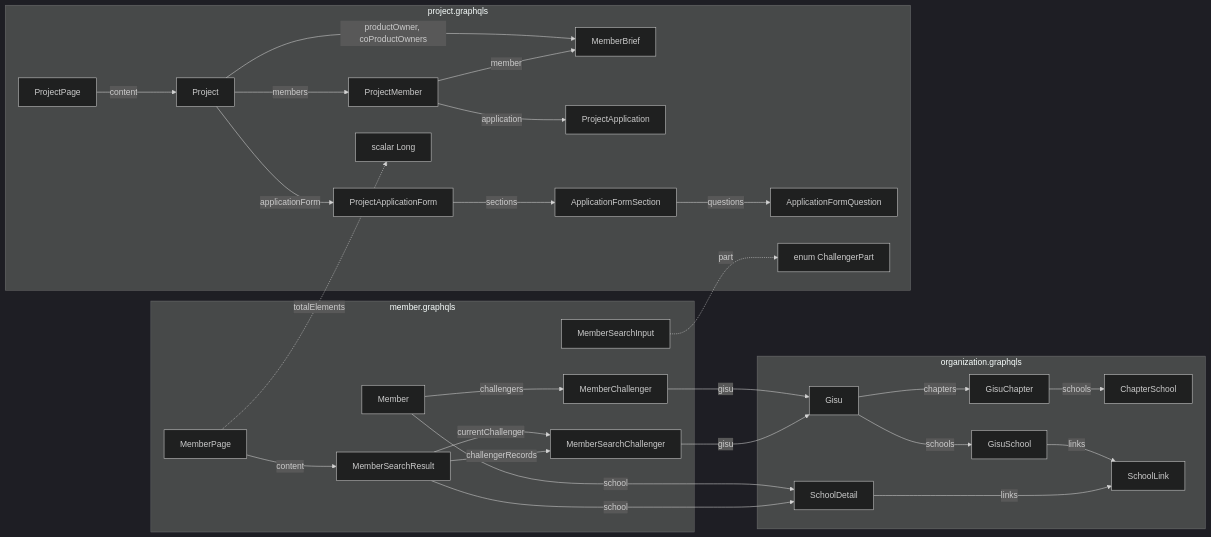
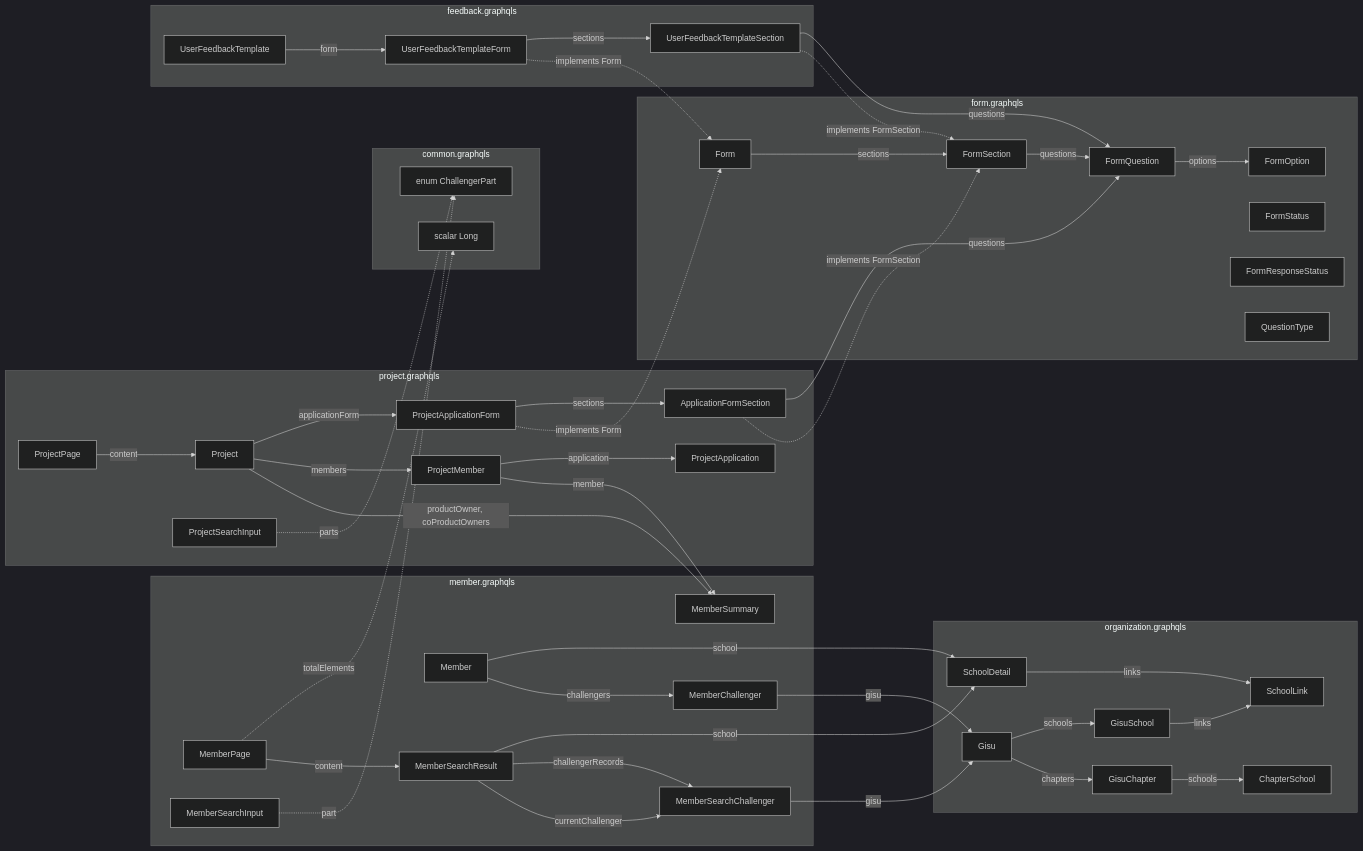
Before and after one commit to UMC-PRODUCT/cygnus-server: the second of 3 diagrams in docs/onboarding/graphql.md, drawn with Mermaid (dark theme). The commit also changed other lines of this file and 1 other file, not shown here.

First line of the commit message:
docs(graphql): document feedback template queries

````diff
--- a/docs/onboarding/graphql.md
+++ b/docs/onboarding/graphql.md
@@ -65,5 +85,10 @@
 ```mermaid
 flowchart LR
+    subgraph COMMON_SCHEMA["common.graphqls"]
+        Long["scalar Long"]
+        ChallengerPart["enum ChallengerPart"]
+    end
+
     subgraph ORG_SCHEMA["organization.graphqls"]
         Gisu["Gisu"]
         GisuChapter["GisuChapter"]
@@ -86,6 +111,7 @@
         MemberSearchResult["MemberSearchResult"]
         MemberSearchChallenger["MemberSearchChallenger"]
         MemberSearchInput["MemberSearchInput"]
+        MemberSummary["MemberSummary"]
 
         Member -->|"challengers"| MemberChallenger
         MemberPage -->|"content"| MemberSearchResult
@@ -93,26 +119,53 @@
         MemberSearchResult -->|"challengerRecords"| MemberSearchChallenger
     end
 
+    subgraph FORM_SCHEMA["form.graphqls"]
+        Form["Form"]
+        FormSection["FormSection"]
+        FormQuestion["FormQuestion"]
+        FormOption["FormOption"]
+        FormStatus["FormStatus"]
+        FormResponseStatus["FormResponseStatus"]
+        QuestionType["QuestionType"]
+
+        Form -->|"sections"| FormSection
+        FormSection -->|"questions"| FormQuestion
+        FormQuestion -->|"options"| FormOption
+    end
+
     subgraph PROJECT_SCHEMA["project.graphqls"]
         ProjectPage["ProjectPage"]
         Project["Project"]
+        ProjectSearchInput["ProjectSearchInput"]
         ProjectMember["ProjectMember"]
-        MemberBrief["MemberBrief"]
         ProjectApplication["ProjectApplication"]
         ProjectApplicationForm["ProjectApplicationForm"]
-        FormSection["ApplicationFormSection"]
-        FormQuestion["ApplicationFormQuestion"]
-        LongScalar["scalar Long"]
-        ChallengerPart["enum ChallengerPart"]
+        ApplicationFormSection["ApplicationFormSection"]
+
+        ProjectApplicationForm -.->|"implements Form"| Form
+        ApplicationFormSection -.->|"implements FormSection"| FormSection
 
         ProjectPage -->|"content"| Project
-        Project -->|"productOwner, coProductOwners"| MemberBrief
+        Project -->|"productOwner, coProductOwners"| MemberSummary
         Project -->|"members"| ProjectMember
         Project -->|"applicationForm"| ProjectApplicationForm
-        ProjectMember -->|"member"| MemberBrief
+        ProjectMember -->|"member"| MemberSummary
         ProjectMember -->|"application"| ProjectApplication
-        ProjectApplicationForm -->|"sections"| FormSection
-        FormSection -->|"questions"| FormQuestion
+        ProjectApplicationForm -->|"sections"| ApplicationFormSection
+        ApplicationFormSection -->|"questions"| FormQuestion
+        ProjectSearchInput -.->|"parts"| ChallengerPart
+    end
+
+    subgraph FEEDBACK_SCHEMA["feedback.graphqls"]
+        UserFeedbackTemplate["UserFeedbackTemplate"]
+        UserFeedbackTemplateForm["UserFeedbackTemplateForm"]
+        UserFeedbackTemplateSection["UserFeedbackTemplateSection"]
+
+        UserFeedbackTemplate -->|"form"| UserFeedbackTemplateForm
+        UserFeedbackTemplateForm -.->|"implements Form"| Form
+        UserFeedbackTemplateSection -.->|"implements FormSection"| FormSection
+        UserFeedbackTemplateForm -->|"sections"| UserFeedbackTemplateSection
+        UserFeedbackTemplateSection -->|"questions"| FormQuestion
     end
 
     Member -->|"school"| SchoolDetail
@@ -120,5 +173,5 @@
     MemberSearchResult -->|"school"| SchoolDetail
     MemberSearchChallenger -->|"gisu"| Gisu
     MemberSearchInput -.->|"part"| ChallengerPart
-    MemberPage -.->|"totalElements"| LongScalar
+    MemberPage -.->|"totalElements"| Long
 ```
````
